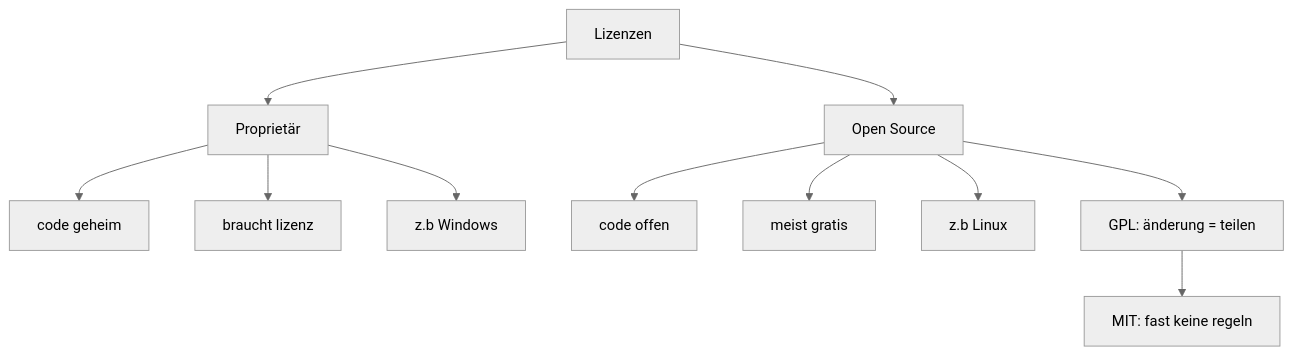
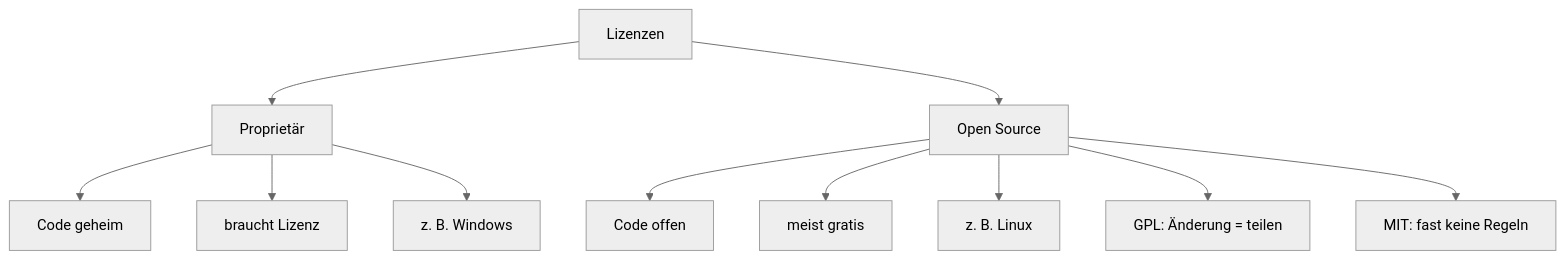
One commit to Linusgaetzi/M231 changed the eighth of 9 diagrams in Lernjournal.md. Above: the diagram before and after it, drawn with Mermaid (neutral theme). The commit also changed other lines of this file, not shown here.

````diff
--- a/Lernjournal.md
+++ b/Lernjournal.md
@@ -496,14 +541,14 @@
    ```mermaid
 
 flowchart TD     
    A[Lizenzen] --> B[Proprietär]     
    A --> C[Open Source]     
-   B --> B1[code geheim]     
-   B --> B2[braucht lizenz]     
-   B --> B3[z.b Windows]     
-   C --> C1[code offen]     
+   B --> B1[Code geheim]     
+   B --> B2[braucht Lizenz]     
+   B --> B3[z. B. Windows]     
+   C --> C1[Code offen]     
    C --> C2[meist gratis]     
-   C --> C3[z.b Linux]     
-   C --> D[GPL: änderung = teilen]     
-   D --> D1[MIT: fast keine regeln]
+   C --> C3[z. B. Linux]     
+   C --> D[GPL: Änderung = teilen]     
+   C --> D1[MIT: fast keine Regeln]
    ```
````
